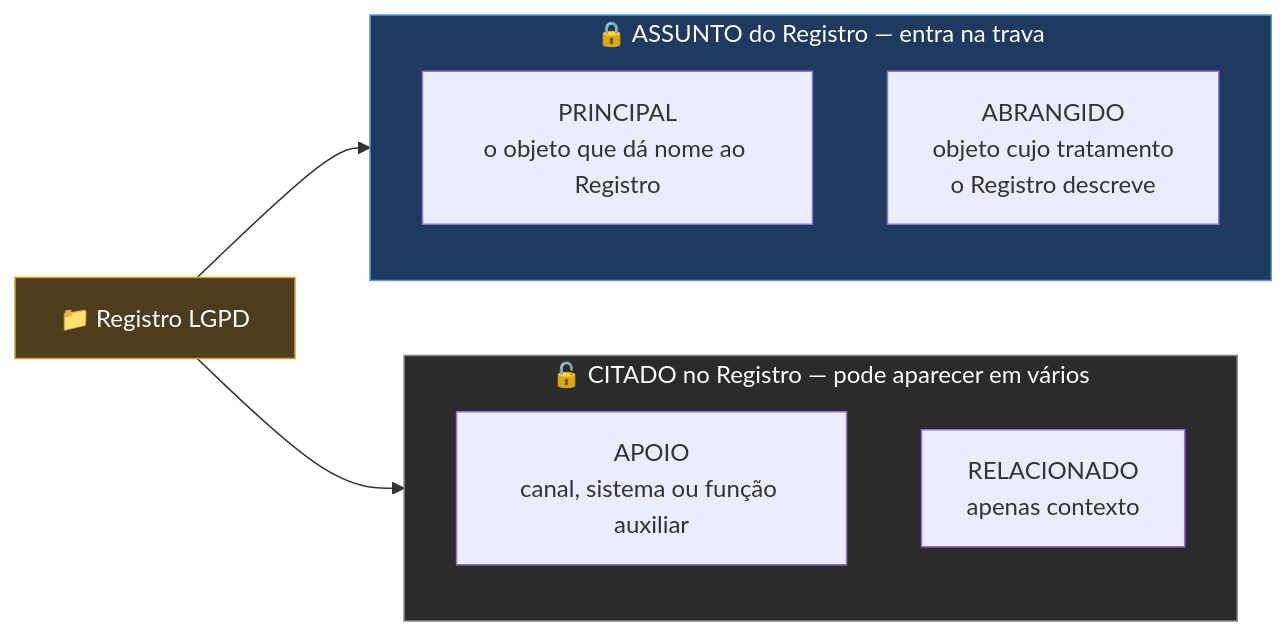
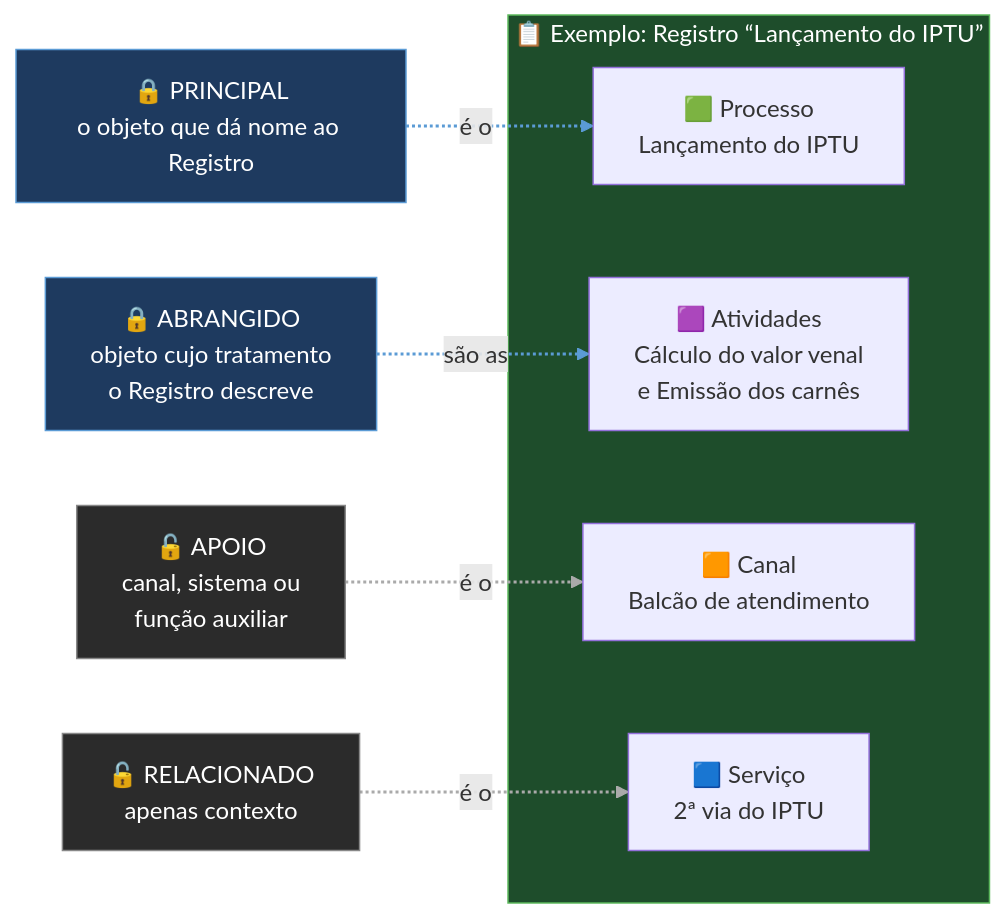
The fifth of 6 diagrams in README.md (ailtonfv/governanca-lgpd-hortolandia), drawn with Mermaid before and after one commit. The commit also changed other lines of this file, not shown here.

Commit message:
README: exemplos didaticos dos papeis e da duplicidade

````diff
--- a/README.md
+++ b/README.md
@@ -139,17 +141,24 @@
 ```mermaid
 flowchart LR
-    REG["📁 Registro LGPD"]
-    subgraph ASS["🔒 ASSUNTO do Registro — entra na trava"]
-        PR["PRINCIPAL<br/>o objeto que dá nome ao Registro"]
-        AB["ABRANGIDO<br/>objeto cujo tratamento<br/>o Registro descreve"]
+    PR["🔒 PRINCIPAL<br/>o objeto que dá nome ao Registro"]
+    AB["🔒 ABRANGIDO<br/>objeto cujo tratamento<br/>o Registro descreve"]
+    AP["🔓 APOIO<br/>canal, sistema ou<br/>função auxiliar"]
+    RE["🔓 RELACIONADO<br/>apenas contexto"]
+    subgraph EX["📋 Exemplo: Registro “Lançamento do IPTU”"]
+        E1["🟩 Processo<br/>Lançamento do IPTU"]
+        E2["🟪 Atividades<br/>Cálculo do valor venal<br/>e Emissão dos carnês"]
+        E3["🟧 Canal<br/>Balcão de atendimento"]
+        E4["🟦 Serviço<br/>2ª via do IPTU"]
     end
-    subgraph CIT["🔓 CITADO no Registro — pode aparecer em vários"]
-        AP["APOIO<br/>canal, sistema ou função auxiliar"]
-        RE["RELACIONADO<br/>apenas contexto"]
-    end
-    REG --> ASS
-    REG --> CIT
-    style ASS fill:#1e3a5f,stroke:#5b9bd5,color:#fff
-    style CIT fill:#2b2b2b,stroke:#888,color:#fff
-    style REG fill:#4d3d1e,stroke:#d4a017,color:#fff
+    PR -. "é o" .-> E1
+    AB -. "são as" .-> E2
+    AP -. "é o" .-> E3
+    RE -. "é o" .-> E4
+    style PR fill:#1e3a5f,stroke:#5b9bd5,color:#fff
+    style AB fill:#1e3a5f,stroke:#5b9bd5,color:#fff
+    style AP fill:#2b2b2b,stroke:#888,color:#fff
+    style RE fill:#2b2b2b,stroke:#888,color:#fff
+    style EX fill:#1e4d2b,stroke:#5cb85c,color:#fff
+    linkStyle 0,1 stroke:#5b9bd5,stroke-width:2px
+    linkStyle 2,3 stroke:#aaaaaa,stroke-width:2px
 ```
````
